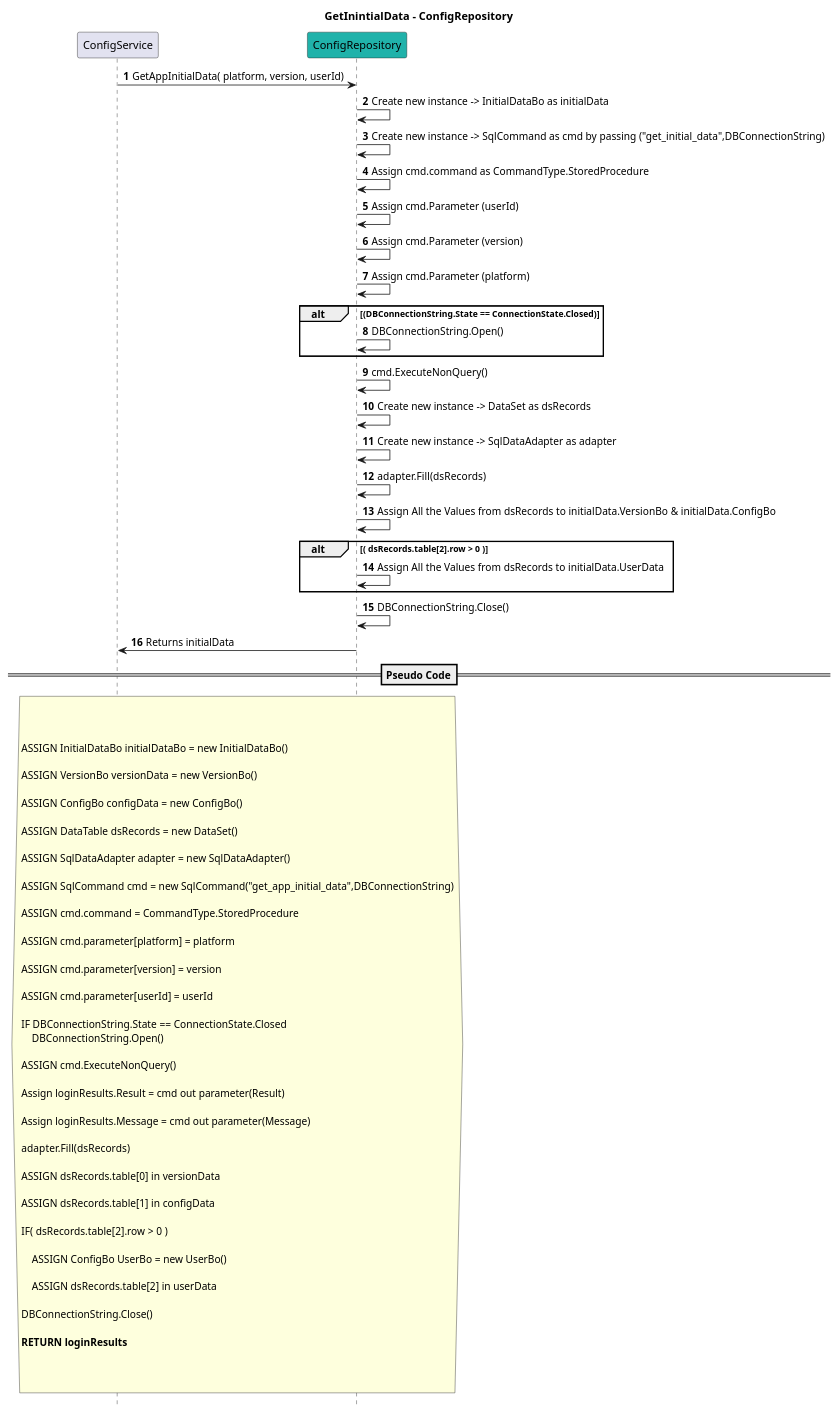
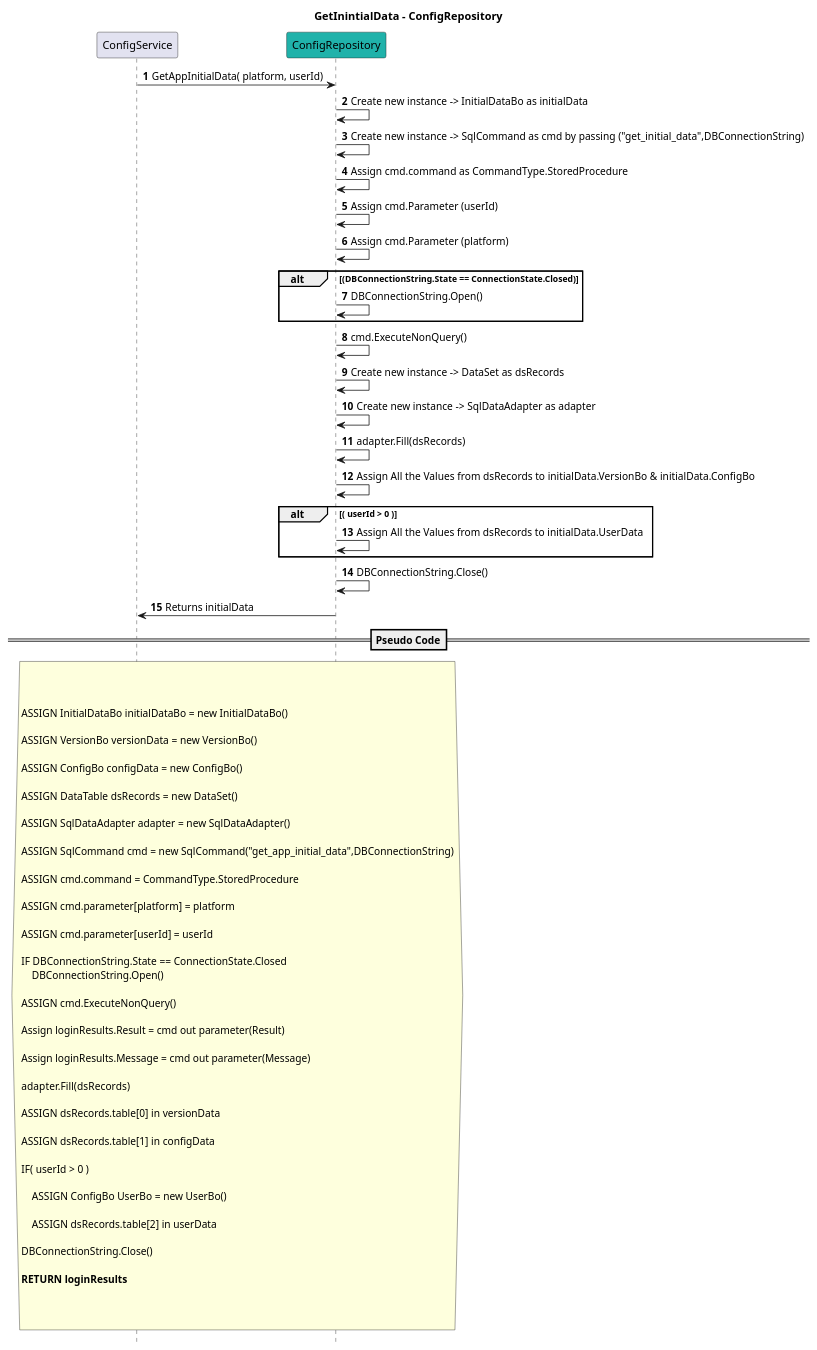
Before and after one commit to nainamuhammed/foodie-service: the diagram in Restaurant_Web_Api/Repository/config/Design/GetInitialData.puml, drawn with PlantUML. The commit also changed 14 other files, not shown here.

```diff
--- a/Restaurant_Web_Api/Repository/config/Design/GetInitialData.puml
+++ b/Restaurant_Web_Api/Repository/config/Design/GetInitialData.puml
@@ -1,113 +1,109 @@
 @startuml
 
 title GetInintialData - ConfigRepository
 autonumber
 hide footbox
 
 participant ConfigService
 participant ConfigRepository #LightSeaGreen
 
-ConfigService -> ConfigRepository : GetAppInitialData( platform, version, userId)
+ConfigService -> ConfigRepository : GetAppInitialData( platform, userId)
 
 
 
     ConfigRepository -> ConfigRepository : Create new instance -> InitialDataBo as initialData
 
     ConfigRepository -> ConfigRepository : Create new instance -> SqlCommand as cmd by passing ("get_initial_data",DBConnectionString)
 
     ConfigRepository -> ConfigRepository : Assign cmd.command as CommandType.StoredProcedure
 
     ConfigRepository -> ConfigRepository : Assign cmd.Parameter (userId)
-
-    ConfigRepository -> ConfigRepository : Assign cmd.Parameter (version)
 
     ConfigRepository -> ConfigRepository : Assign cmd.Parameter (platform)
     
     alt (DBConnectionString.State == ConnectionState.Closed)
         ConfigRepository -> ConfigRepository : DBConnectionString.Open()
     end
 
     ConfigRepository -> ConfigRepository : cmd.ExecuteNonQuery()
 
     ConfigRepository -> ConfigRepository : Create new instance -> DataSet as dsRecords
 
     ConfigRepository -> ConfigRepository : Create new instance -> SqlDataAdapter as adapter
 
     ConfigRepository -> ConfigRepository : adapter.Fill(dsRecords)
 
     ConfigRepository -> ConfigRepository : Assign All the Values from dsRecords to initialData.VersionBo & initialData.ConfigBo
     
 
-    alt ( dsRecords.table[2].row > 0 )
+    alt ( userId > 0 )
         
 
 
         ConfigRepository -> ConfigRepository : Assign All the Values from dsRecords to initialData.UserData 
         
          
     end
 
     ConfigRepository -> ConfigRepository : DBConnectionString.Close()
 
 
 
     ConfigRepository -> ConfigService : Returns initialData
 
 
 ==Pseudo Code==
 hnote across
 
     
         
         ASSIGN InitialDataBo initialDataBo = new InitialDataBo()
 
         ASSIGN VersionBo versionData = new VersionBo()
 
         ASSIGN ConfigBo configData = new ConfigBo()
 
         ASSIGN DataTable dsRecords = new DataSet()
 
         ASSIGN SqlDataAdapter adapter = new SqlDataAdapter()
 
         ASSIGN SqlCommand cmd = new SqlCommand("get_app_initial_data",DBConnectionString)
         
         ASSIGN cmd.command = CommandType.StoredProcedure
 
         ASSIGN cmd.parameter[platform] = platform
 
-        ASSIGN cmd.parameter[version] = version
-
         ASSIGN cmd.parameter[userId] = userId
         
         IF DBConnectionString.State == ConnectionState.Closed
             DBConnectionString.Open()
         
         ASSIGN cmd.ExecuteNonQuery() 
 
         Assign loginResults.Result = cmd out parameter(Result)
 
         Assign loginResults.Message = cmd out parameter(Message)
 
         adapter.Fill(dsRecords)
 
         ASSIGN dsRecords.table[0] in versionData
 
         ASSIGN dsRecords.table[1] in configData
 
-        IF( dsRecords.table[2].row > 0 )
+        IF( userId > 0 )
 
             ASSIGN ConfigBo UserBo = new UserBo()
 
             ASSIGN dsRecords.table[2] in userData
             
         DBConnectionString.Close()
 
         **RETURN loginResults**
 
    
     
 end note
 
 
 
 @enduml
```
